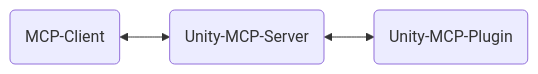
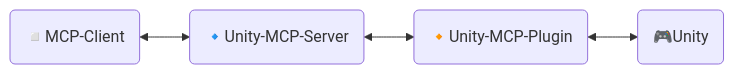
The first of 3 diagrams in docs/dev/Development.md (IvanMurzak/Unity-MCP), drawn with Mermaid before and after one commit. The commit also changed other lines of this file, not shown here.

````diff
--- a/docs/dev/Development.md
+++ b/docs/dev/Development.md
@@ -47,12 +50,12 @@
 ```mermaid
 graph LR
-
-  A(MCP-Client)
-  B(Unity-MCP-Server)
-  C(Unity-MCP-Plugin)
+  A(◽MCP-Client)
+  B(🔹Unity-MCP-Server)
+  C(🔸Unity-MCP-Plugin)
+  D(🎮Unity)
 
   %% Relationships
   A <--> B
   B <--> C
-
+  C <--> D
 ```
````
